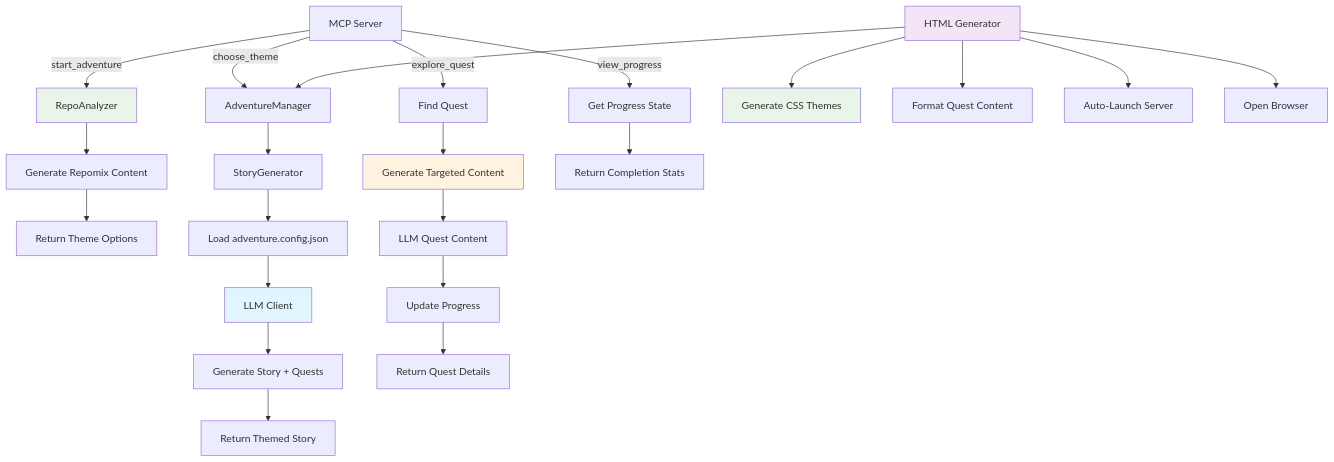
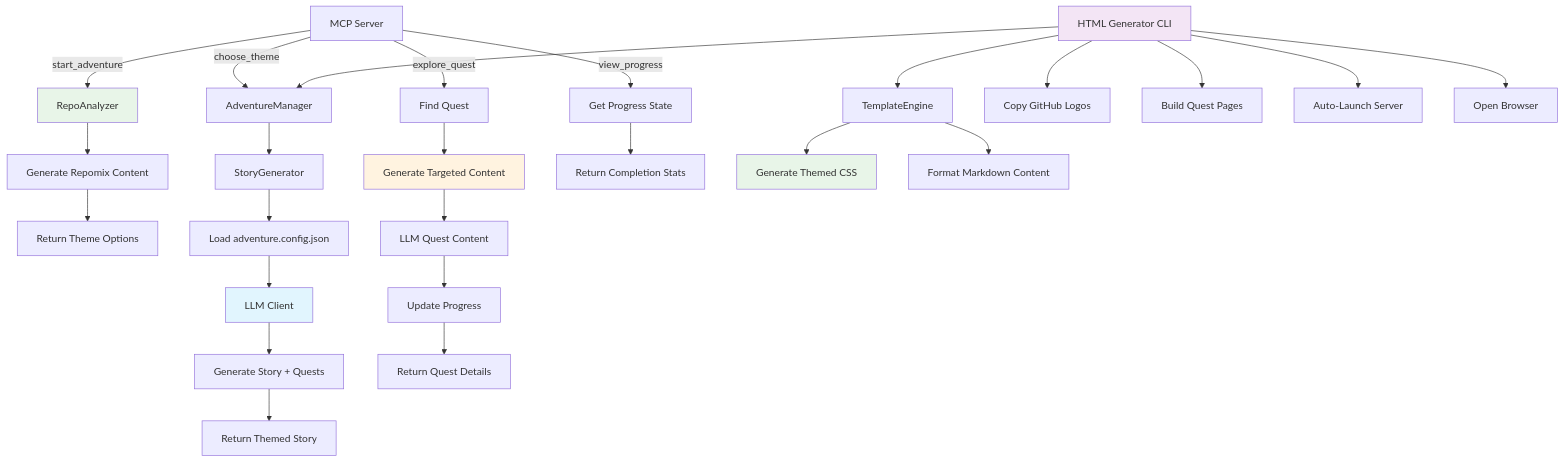
One commit to DanWahlin/ai-repo-adventures changed the first of 2 diagrams in README.md. Above: the diagram before and after it, drawn with Mermaid. The commit also changed other lines of this file and 3 other files, not shown here.

````diff
--- a/README.md
+++ b/README.md
@@ -27,34 +29,37 @@
 ```mermaid
 graph TD
     A[MCP Server] -->|start_adventure| B[RepoAnalyzer]
     B --> C[Generate Repomix Content]
     C --> D[Return Theme Options]
     
     A -->|choose_theme| E[AdventureManager]
     E --> F[StoryGenerator]
     F --> G[Load adventure.config.json]
     G --> H[LLM Client]
     H --> I[Generate Story + Quests]
     I --> J[Return Themed Story]
     
     A -->|explore_quest| K[Find Quest]
     K --> L[Generate Targeted Content]
     L --> M[LLM Quest Content]
     M --> N[Update Progress]
     N --> O[Return Quest Details]
     
     A -->|view_progress| P[Get Progress State]
     P --> Q[Return Completion Stats]
     
-    R[HTML Generator] --> E
-    R --> S[Generate CSS Themes]
-    R --> T[Format Quest Content]
-    R --> U[Auto-Launch Server]
-    R --> V[Open Browser]
+    R[HTML Generator CLI] --> E
+    R --> S[TemplateEngine]
+    S --> T[Generate Themed CSS]
+    S --> U[Format Markdown Content]
+    R --> V[Copy GitHub Logos]
+    R --> W[Build Quest Pages]
+    R --> X[Auto-Launch Server]
+    R --> Y[Open Browser]
     
     style B fill:#e8f5e8
     style H fill:#e1f5fe
     style L fill:#fff3e0
     style R fill:#f3e5f5
-    style S fill:#e8f5e8
+    style T fill:#e8f5e8
 ```
````
